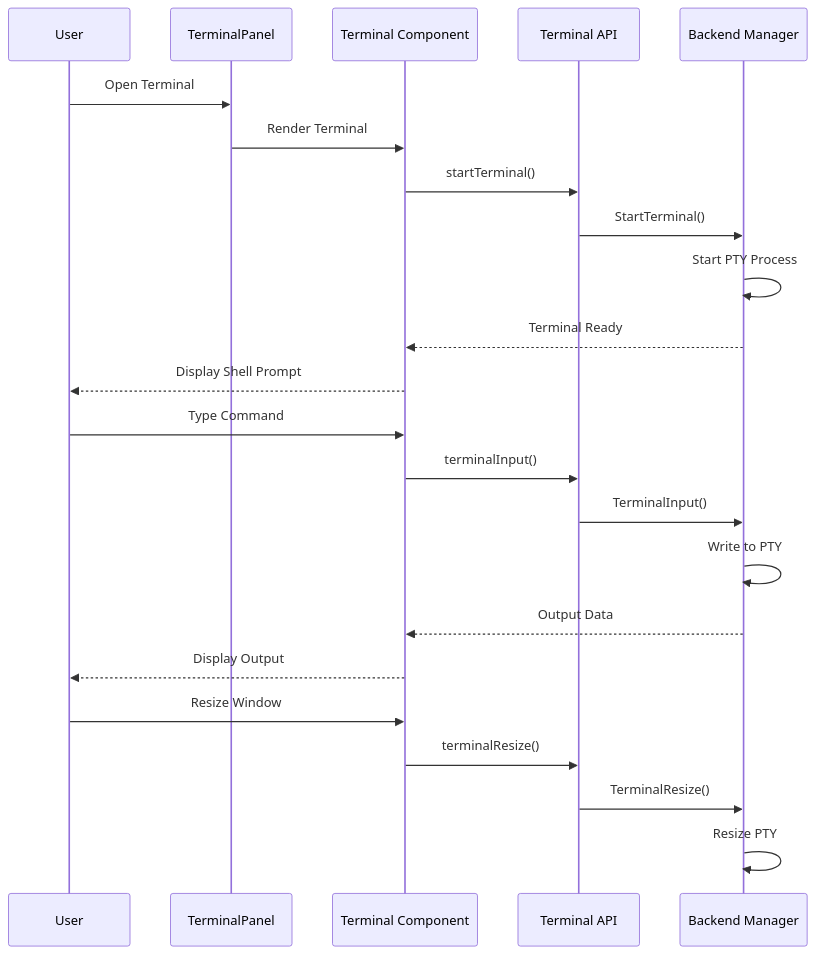
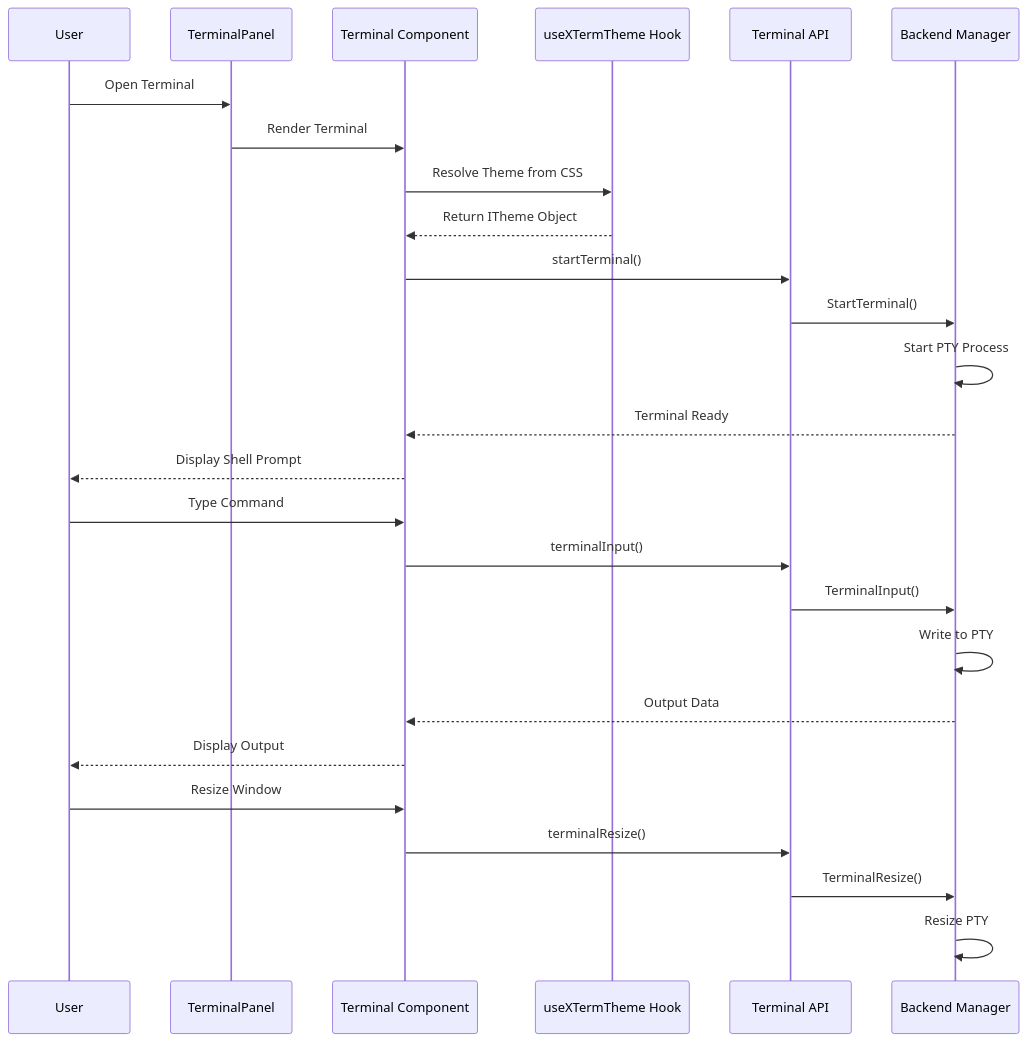
The third of 11 diagrams in .qoder/repowiki/en/content/Frontend Application/Terminal Emulation System.md (v0lka/c0wrk), drawn with Mermaid before and after one commit. The commit also changed other lines of this file and 52 other files, not shown here.

````diff
--- a/.qoder/repowiki/en/content/Frontend Application/Terminal Emulation System.md
+++ b/.qoder/repowiki/en/content/Frontend Application/Terminal Emulation System.md
@@ -126,25 +145,28 @@
 ```mermaid
 sequenceDiagram
 participant User as User
 participant Panel as TerminalPanel
 participant Term as Terminal Component
+participant ThemeHook as useXTermTheme Hook
 participant API as Terminal API
 participant Backend as Backend Manager
 User->>Panel : Open Terminal
 Panel->>Term : Render Terminal
+Term->>ThemeHook : Resolve Theme from CSS
+ThemeHook-->>Term : Return ITheme Object
 Term->>API : startTerminal()
 API->>Backend : StartTerminal()
 Backend->>Backend : Start PTY Process
 Backend-->>Term : Terminal Ready
 Term-->>User : Display Shell Prompt
 User->>Term : Type Command
 Term->>API : terminalInput()
 API->>Backend : TerminalInput()
 Backend->>Backend : Write to PTY
 Backend-->>Term : Output Data
 Term-->>User : Display Output
 User->>Term : Resize Window
 Term->>API : terminalResize()
 API->>Backend : TerminalResize()
 Backend->>Backend : Resize PTY
 ```
````
